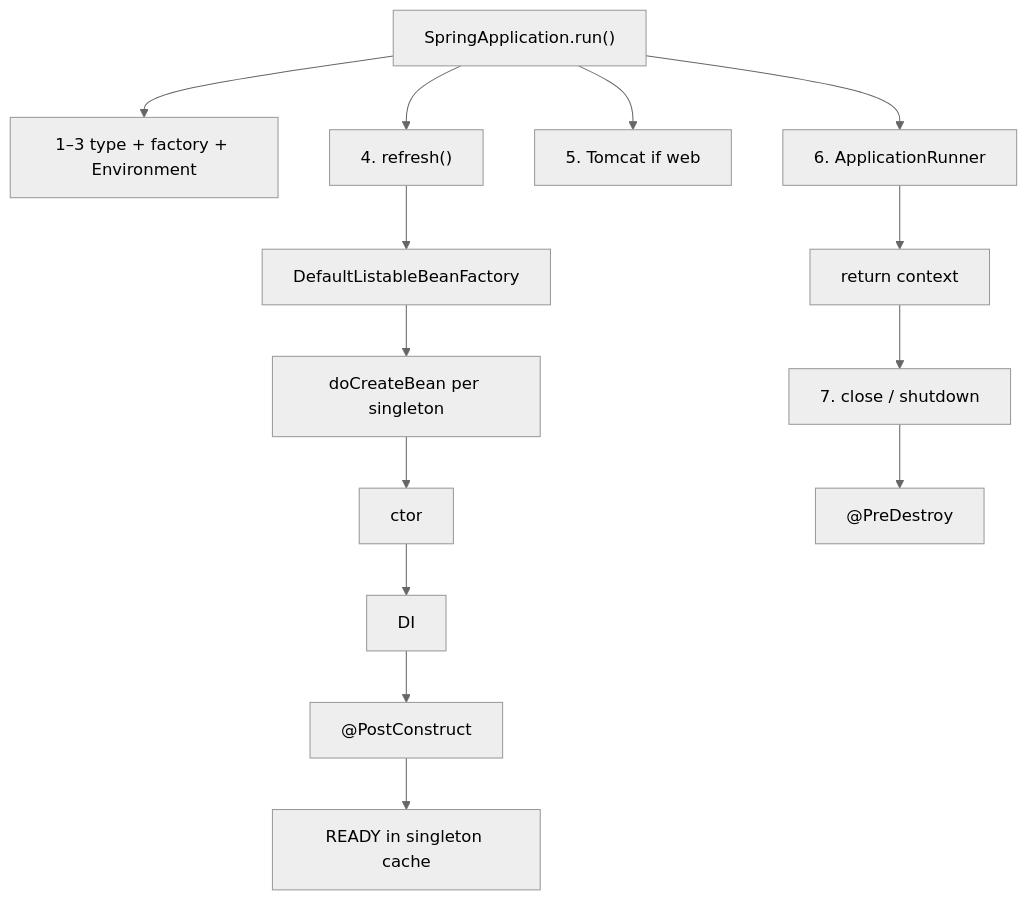
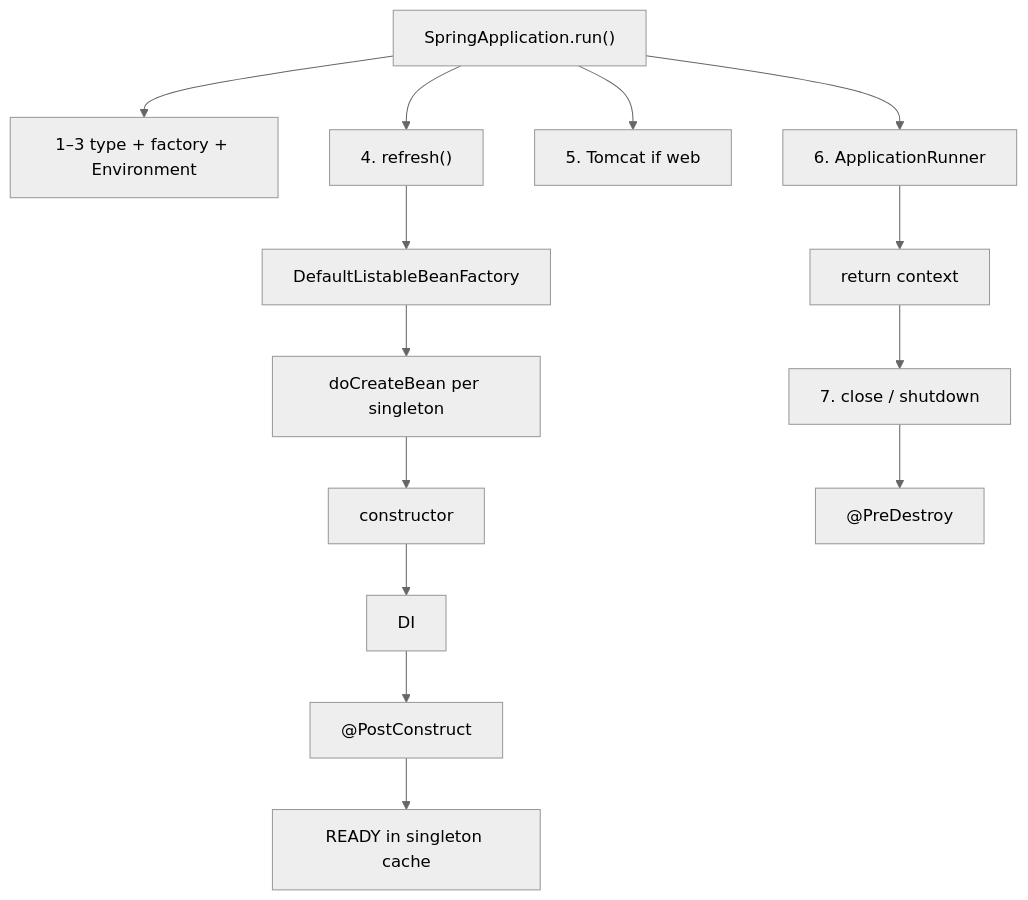
The first of 2 diagrams in 02-ioc-di/BEAN-SCOPE-AND-LIFECYCLE.md (pradhansoumik/SPRING_BOOT_CONCEPTS), drawn with Mermaid (neutral theme) before and after one commit. The commit also changed other lines of this file, not shown here.

````diff
--- a/02-ioc-di/BEAN-SCOPE-AND-LIFECYCLE.md
+++ b/02-ioc-di/BEAN-SCOPE-AND-LIFECYCLE.md
@@ -43,17 +43,17 @@
 ```mermaid
 flowchart TB
   RUN["SpringApplication.run()"]
   RUN --> T["1–3 type + factory + Environment"]
   RUN --> R["4. refresh()"]
   R --> BF["DefaultListableBeanFactory"]
   BF --> DCB["doCreateBean per singleton"]
-  DCB --> C["ctor"]
+  DCB --> C["constructor"]
   C --> D["DI"]
   D --> P["@PostConstruct"]
   P --> READY["READY in singleton cache"]
   RUN --> S["5. Tomcat if web"]
   RUN --> AR["6. ApplicationRunner"]
   AR --> RET["return context"]
   RET --> X["7. close / shutdown"]
   X --> PD["@PreDestroy"]
 ```
````
